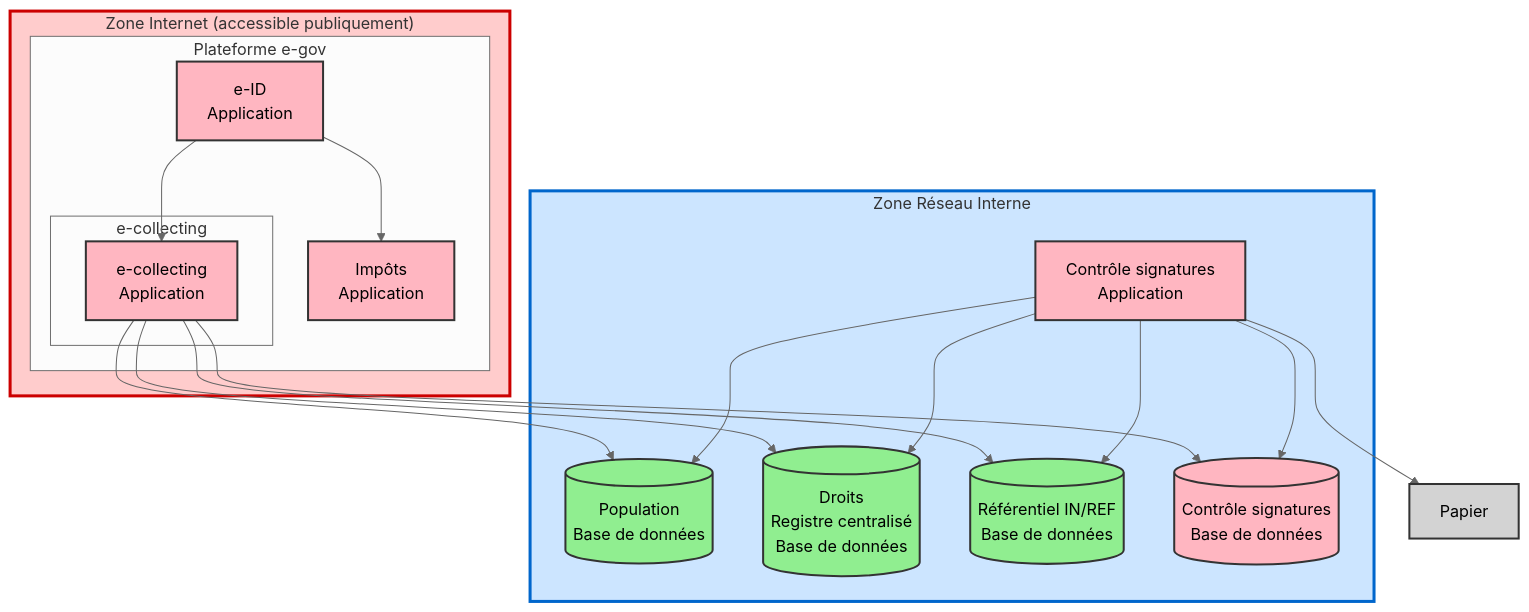
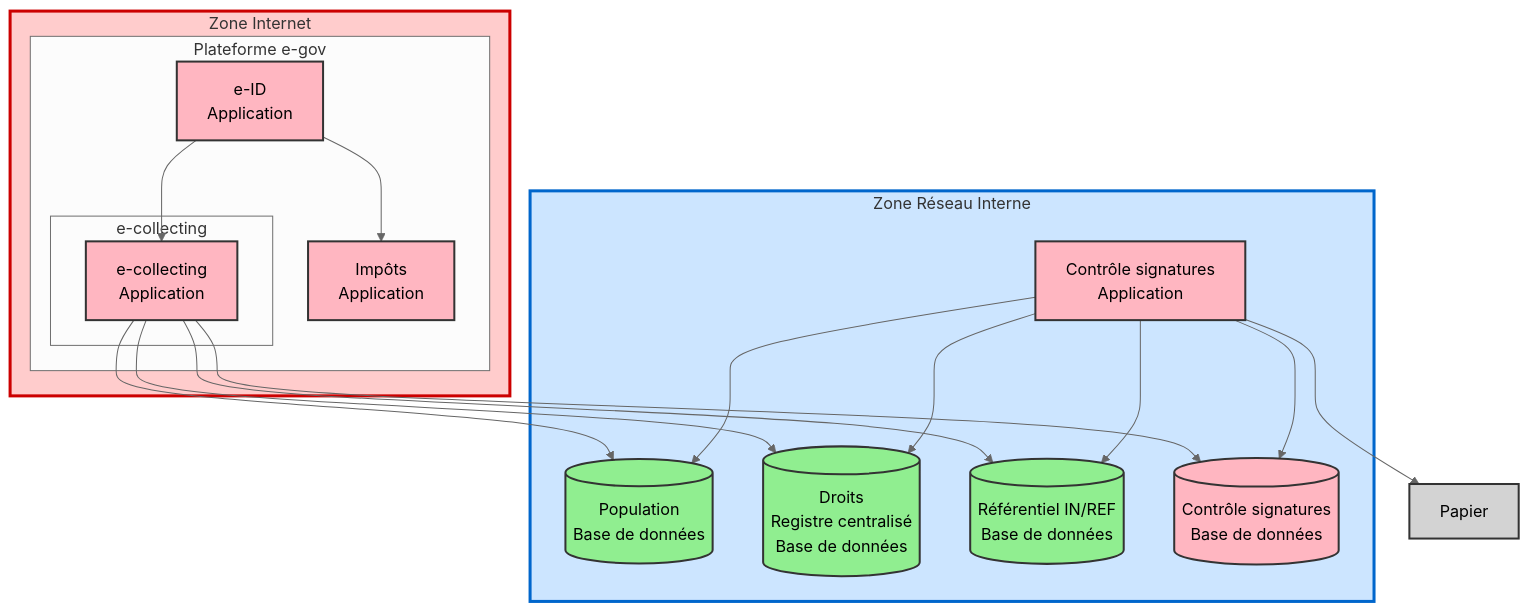
One commit to swiss/e-collecting-hackathon-team10 changed the first of 4 diagrams in README.md. Above: the diagram before and after it, drawn with Mermaid (neutral theme).

````diff
--- a/README.md
+++ b/README.md
@@ -65,46 +65,46 @@
 ```mermaid
 graph TB
-    subgraph Internet["Zone Internet (accessible publiquement)"]
+    subgraph Internet["Zone Internet"]
         subgraph "Plateforme e-gov"
             EID["e-ID<br/>Application"]
             Impots["Impôts<br/>Application"]
             
             subgraph "e-collecting"
                 ECollecting["e-collecting<br/>Application"]
             end
         end
     end
     
     subgraph Interne["Zone Réseau Interne"]
         Population[("Population<br/>Base de données")]
         Droits[("Droits<br/>Registre centralisé<br/>Base de données")]
         ROP[("Référentiel IN/REF<br/>Base de données")]
         CoS["Contrôle signatures<br/>Application"]
 		CoSDB[("Contrôle signatures<br/>Base de données")]
     end
 
     
     EID --> Impots
     EID --> ECollecting
     ECollecting --> Droits
     ECollecting --> Population
     ECollecting --> ROP
 	ECollecting --> CoSDB
     CoS --> Droits
     CoS --> Population
     CoS --> ROP
 	CoS --> CoSDB
     CoS --> Papier
     
     style Internet fill:#ffcccc,stroke:#cc0000,stroke-width:3px
     style Interne fill:#cce5ff,stroke:#0066cc,stroke-width:3px
     style Population fill:#90EE90,stroke:#333,stroke-width:2px
     style Droits fill:#90EE90,stroke:#333,stroke-width:2px
     style ROP fill:#90EE90,stroke:#333,stroke-width:2px
     style EID fill:#FFB6C1,stroke:#333,stroke-width:2px
     style Impots fill:#FFB6C1,stroke:#333,stroke-width:2px
     style ECollecting fill:#FFB6C1,stroke:#333,stroke-width:2px
     style CoS fill:#FFB6C1,stroke:#333,stroke-width:2px
     style CoSDB fill:#FFB6C1,stroke:#333,stroke-width:2px
     style Papier fill:#D3D3D3,stroke:#333,stroke-width:2px
 ```
````
